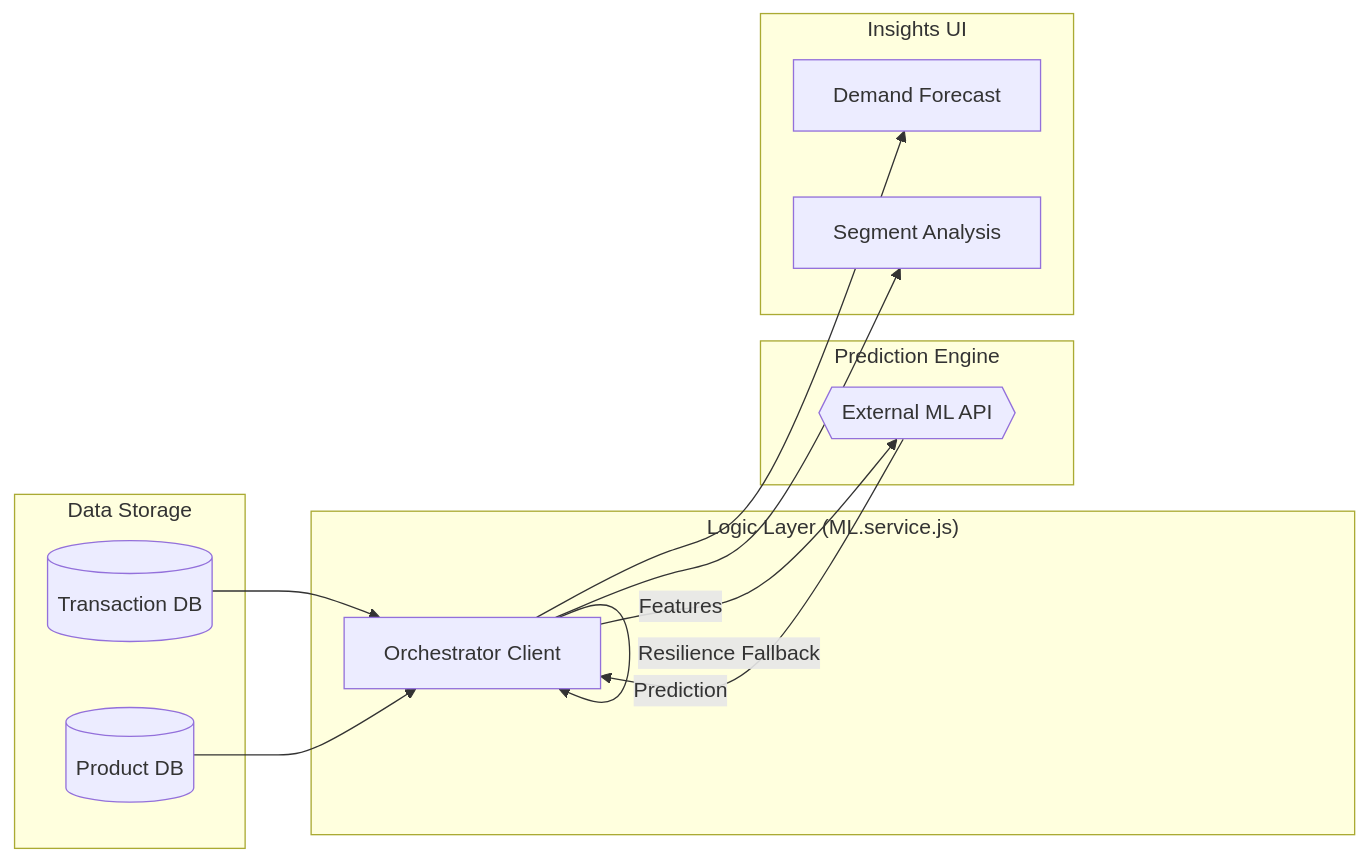
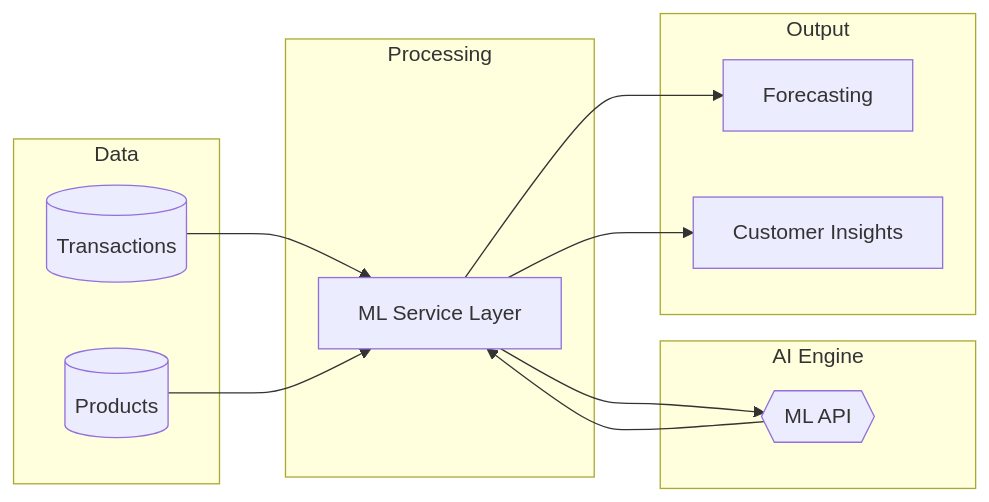
The second of 2 diagrams in README.md (Gautam-Bharadwaj/PakkaBill), drawn with Mermaid before and after one commit. The commit also changed other lines of this file, not shown here.

First line of the commit message:
Revise README for PakkaBill branding and features

````diff
--- a/README.md
+++ b/README.md
@@ -43,26 +84,27 @@
 ```mermaid
 graph LR
-    subgraph "Data Storage"
-        T[(Transaction DB)]
-        P[(Product DB)]
+    subgraph Data
+        T[(Transactions)]
+        P[(Products)]
     end
 
-    subgraph "Logic Layer (ML.service.js)"
-        O[Orchestrator Client]
+    subgraph Processing
+        O[ML Service Layer]
     end
 
-    subgraph "Prediction Engine"
-        E{{External ML API}}
+    subgraph AI Engine
+        E{{ML API}}
     end
 
-    subgraph "Insights UI"
-        I1[Demand Forecast]
-        I2[Segment Analysis]
+    subgraph Output
+        I1[Forecasting]
+        I2[Customer Insights]
     end
 
-    T & P --> O
-    O -- Features --> E
-    E -- Prediction --> O
-    O -- Resilience Fallback --> O
-    O --> I1 & I2
+    T --> O
+    P --> O
+    O --> E
+    E --> O
+    O --> I1
+    O --> I2
 ```
````
